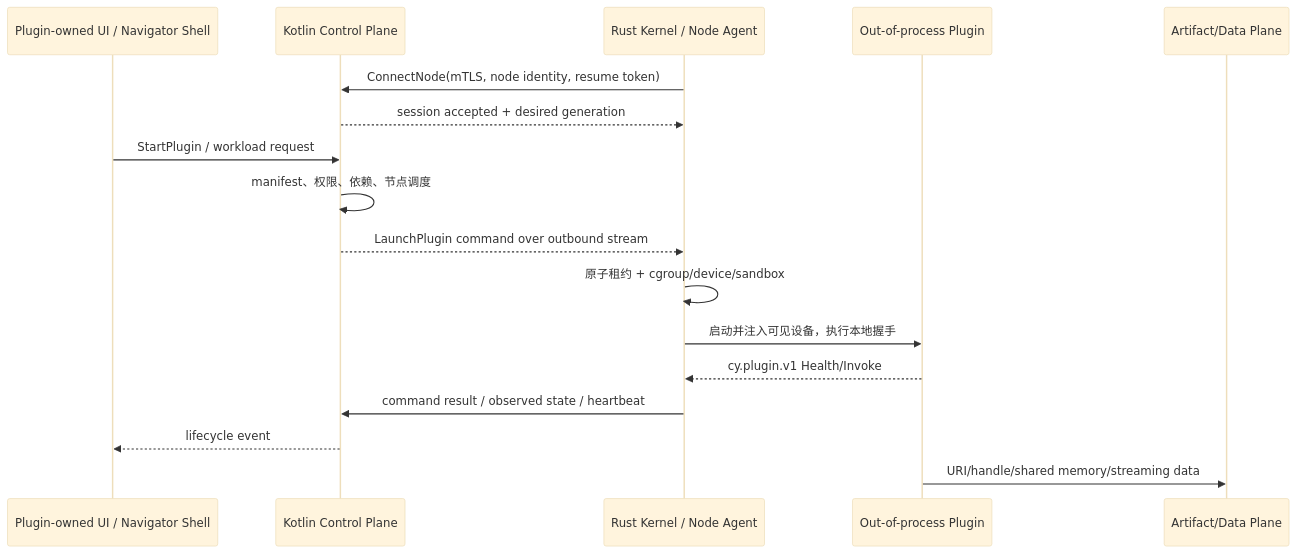
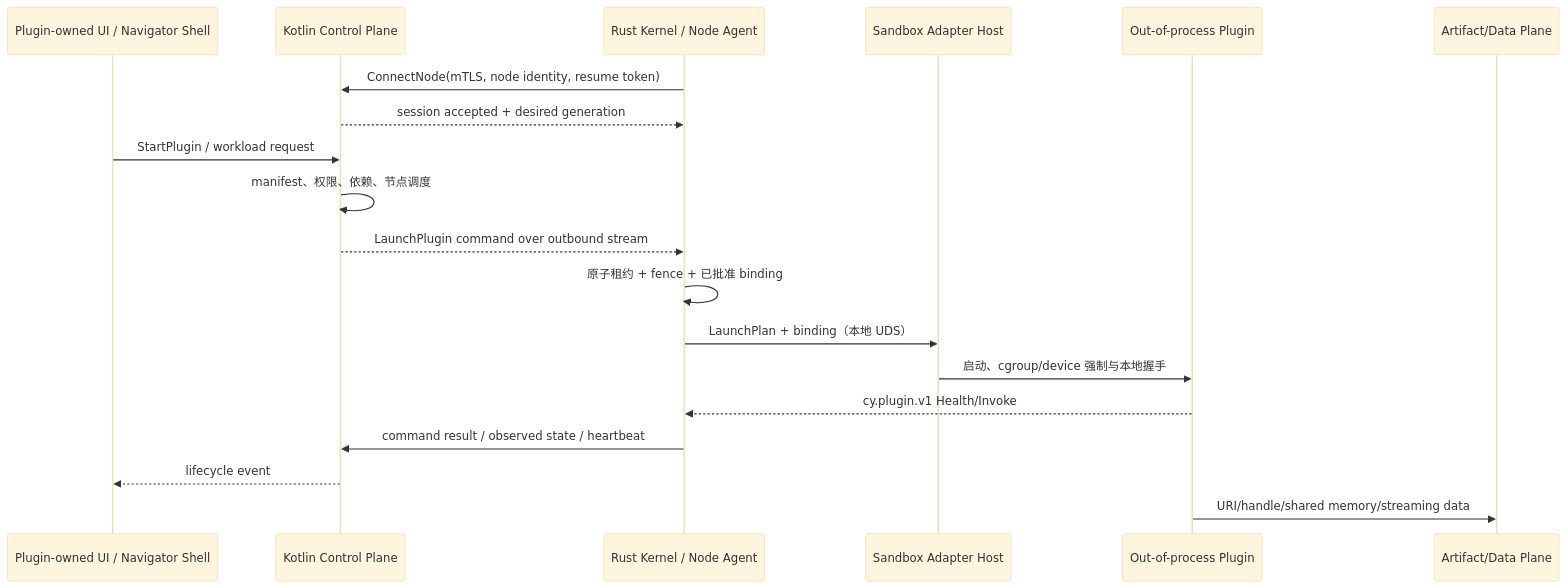
One commit to DoHorizon-AI/Cyrene-Platform changed the diagram in docs/CYRENE_ENGINE_ARCHITECTURE_BLUEPRINT.md. Above: the diagram before and after it, drawn with Mermaid (base theme). The commit also changed other lines of this file and 28 other files, not shown here.

````diff
--- a/docs/CYRENE_ENGINE_ARCHITECTURE_BLUEPRINT.md
+++ b/docs/CYRENE_ENGINE_ARCHITECTURE_BLUEPRINT.md
@@ -160,20 +163,22 @@
 ```mermaid
 sequenceDiagram
     participant UI as Plugin-owned UI / Navigator Shell
     participant CP as Kotlin Control Plane
     participant K as Rust Kernel / Node Agent
+    participant S as Sandbox Adapter Host
     participant P as Out-of-process Plugin
     participant D as Artifact/Data Plane
 
     K->>CP: ConnectNode(mTLS, node identity, resume token)
     CP-->>K: session accepted + desired generation
     UI->>CP: StartPlugin / workload request
     CP->>CP: manifest、权限、依赖、节点调度
     CP-->>K: LaunchPlugin command over outbound stream
-    K->>K: 原子租约 + cgroup/device/sandbox
-    K->>P: 启动并注入可见设备，执行本地握手
+    K->>K: 原子租约 + fence + 已批准 binding
+    K->>S: LaunchPlan + binding（本地 UDS）
+    S->>P: 启动、cgroup/device 强制与本地握手
     P-->>K: cy.plugin.v1 Health/Invoke
     K->>CP: command result / observed state / heartbeat
     CP-->>UI: lifecycle event
     P->>D: URI/handle/shared memory/streaming data
 ```
````
